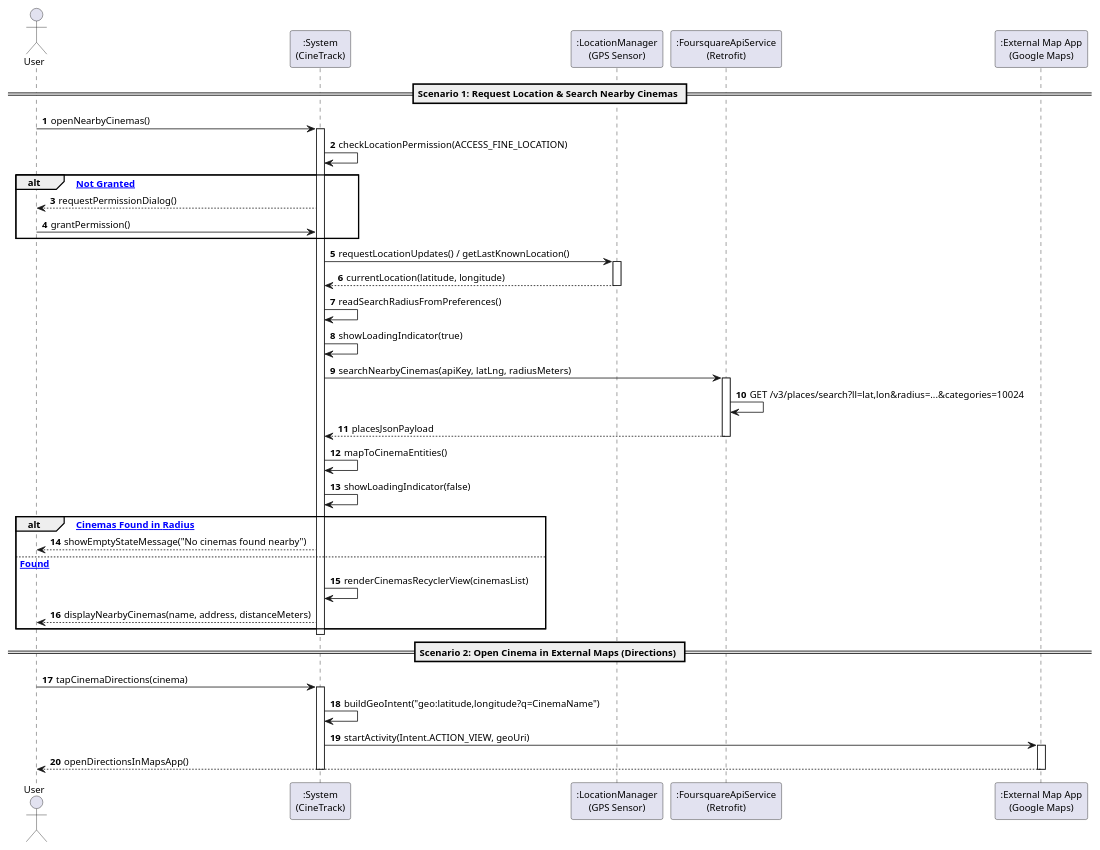
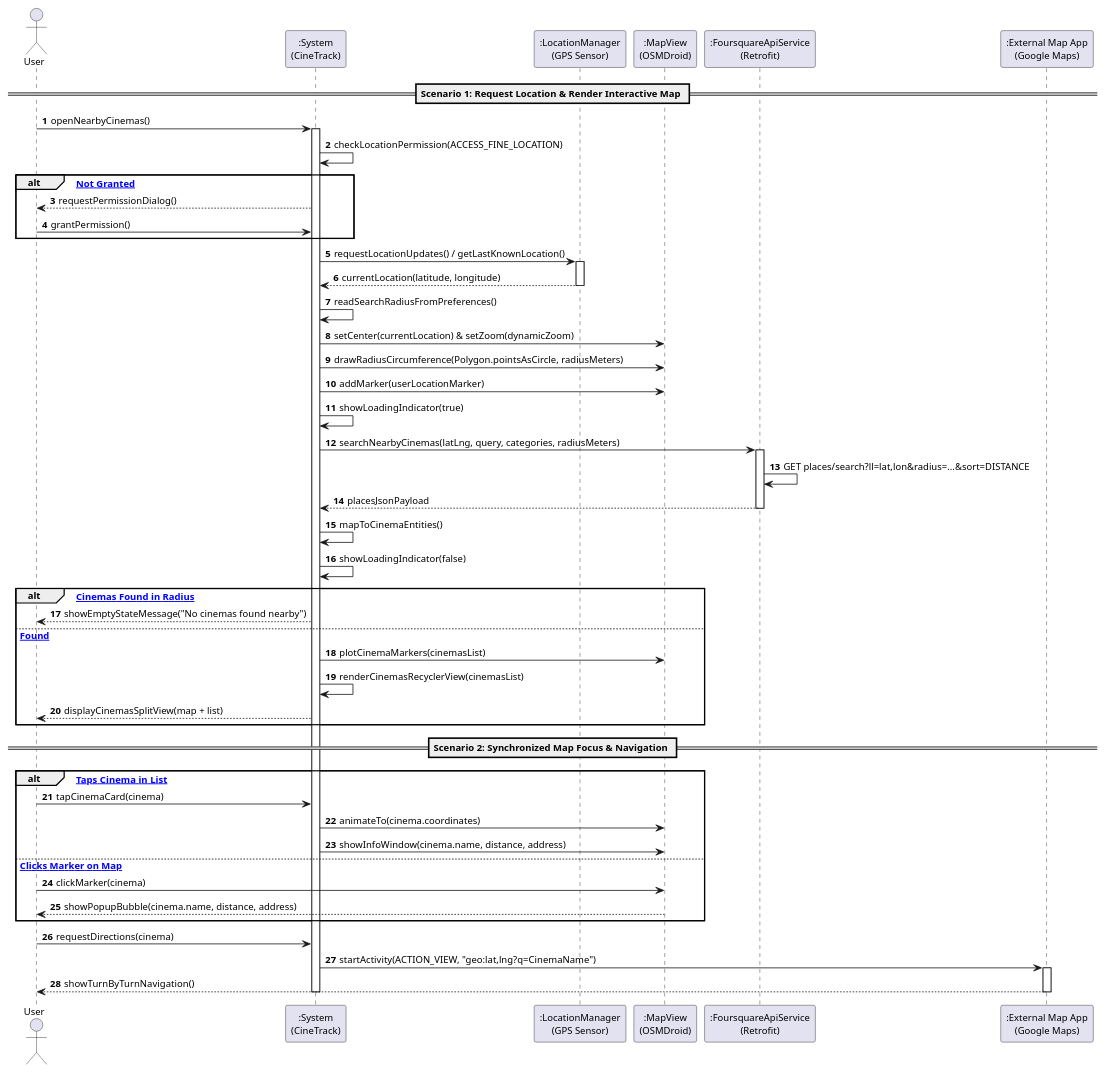
Before and after one commit to Andre-1240567/DSSMV_ProjectDroid_1240567_1241013: the diagram in docs/Use Cases/US5/puml/ssd_us5_nearby_cinemas.puml, drawn with PlantUML. The commit also changed 13 other files, not shown here.

First line of the commit message:
feat(us5): implement interactive OSMDroid map with radius circle, cinema pins, and modern Foursquare Places API integration

```diff
--- a/docs/Use Cases/US5/puml/ssd_us5_nearby_cinemas.puml
+++ b/docs/Use Cases/US5/puml/ssd_us5_nearby_cinemas.puml
@@ -1,67 +1,77 @@
 @startuml
 skinparam handwritten false
 skinparam monochrome false
 skinparam shadowing false
 skinparam defaultFontName "Helvetica, Arial, sans-serif"
 skinparam defaultFontSize 12
 
 actor "User" as User
 participant ":System\n(CineTrack)" as System
 participant ":LocationManager\n(GPS Sensor)" as GPS
+participant ":MapView\n(OSMDroid)" as MapView
 participant ":FoursquareApiService\n(Retrofit)" as FsqApi
 participant ":External Map App\n(Google Maps)" as MapApp
 
 autonumber
 
-== Scenario 1: Request Location & Search Nearby Cinemas ==
+== Scenario 1: Request Location & Render Interactive Map ==
 
 User -> System : openNearbyCinemas()
 activate System
 
 System -> System : checkLocationPermission(ACCESS_FINE_LOCATION)
 
 alt [Permission Not Granted]
     System --> User : requestPermissionDialog()
     User -> System : grantPermission()
 end
 
 System -> GPS : requestLocationUpdates() / getLastKnownLocation()
 activate GPS
 GPS --> System : currentLocation(latitude, longitude)
 deactivate GPS
 
 System -> System : readSearchRadiusFromPreferences()
+
+System -> MapView : setCenter(currentLocation) & setZoom(dynamicZoom)
+System -> MapView : drawRadiusCircumference(Polygon.pointsAsCircle, radiusMeters)
+System -> MapView : addMarker(userLocationMarker)
+
 System -> System : showLoadingIndicator(true)
 
-System -> FsqApi : searchNearbyCinemas(apiKey, latLng, radiusMeters)
+System -> FsqApi : searchNearbyCinemas(latLng, query, categories, radiusMeters)
 activate FsqApi
-FsqApi -> FsqApi : GET /v3/places/search?ll=lat,lon&radius=...&categories=10024
+FsqApi -> FsqApi : GET places/search?ll=lat,lon&radius=...&sort=DISTANCE
 FsqApi --> System : placesJsonPayload
 deactivate FsqApi
 
 System -> System : mapToCinemaEntities()
 System -> System : showLoadingIndicator(false)
 
 alt [No Cinemas Found in Radius]
     System --> User : showEmptyStateMessage("No cinemas found nearby")
 else [Cinemas Found]
+    System -> MapView : plotCinemaMarkers(cinemasList)
     System -> System : renderCinemasRecyclerView(cinemasList)
-    System --> User : displayNearbyCinemas(name, address, distanceMeters)
+    System --> User : displayCinemasSplitView(map + list)
 end
 
-deactivate System
+== Scenario 2: Synchronized Map Focus & Navigation ==
 
-== Scenario 2: Open Cinema in External Maps (Directions) ==
+alt [User Taps Cinema in List]
+    User -> System : tapCinemaCard(cinema)
+    System -> MapView : animateTo(cinema.coordinates)
+    System -> MapView : showInfoWindow(cinema.name, distance, address)
+else [User Clicks Marker on Map]
+    User -> MapView : clickMarker(cinema)
+    MapView --> User : showPopupBubble(cinema.name, distance, address)
+end
 
-User -> System : tapCinemaDirections(cinema)
-activate System
-
-System -> System : buildGeoIntent("geo:latitude,longitude?q=CinemaName")
-System -> MapApp : startActivity(Intent.ACTION_VIEW, geoUri)
+User -> System : requestDirections(cinema)
+System -> MapApp : startActivity(ACTION_VIEW, "geo:lat,lng?q=CinemaName")
 activate MapApp
-MapApp --> User : openDirectionsInMapsApp()
+MapApp --> User : showTurnByTurnNavigation()
 deactivate MapApp
 
 deactivate System
-
 @enduml
```
